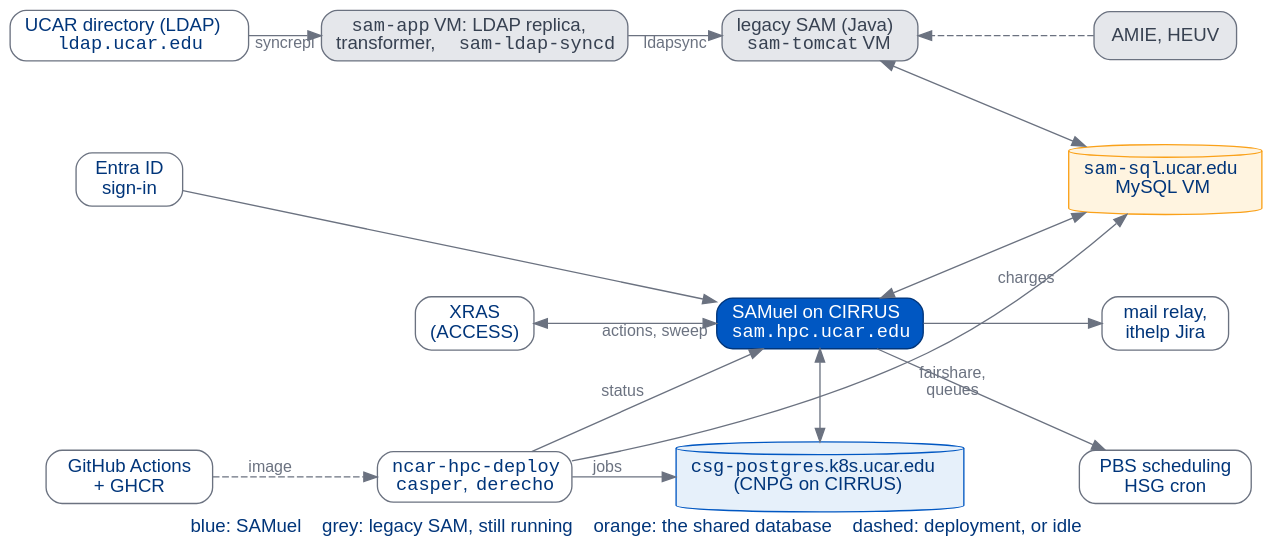
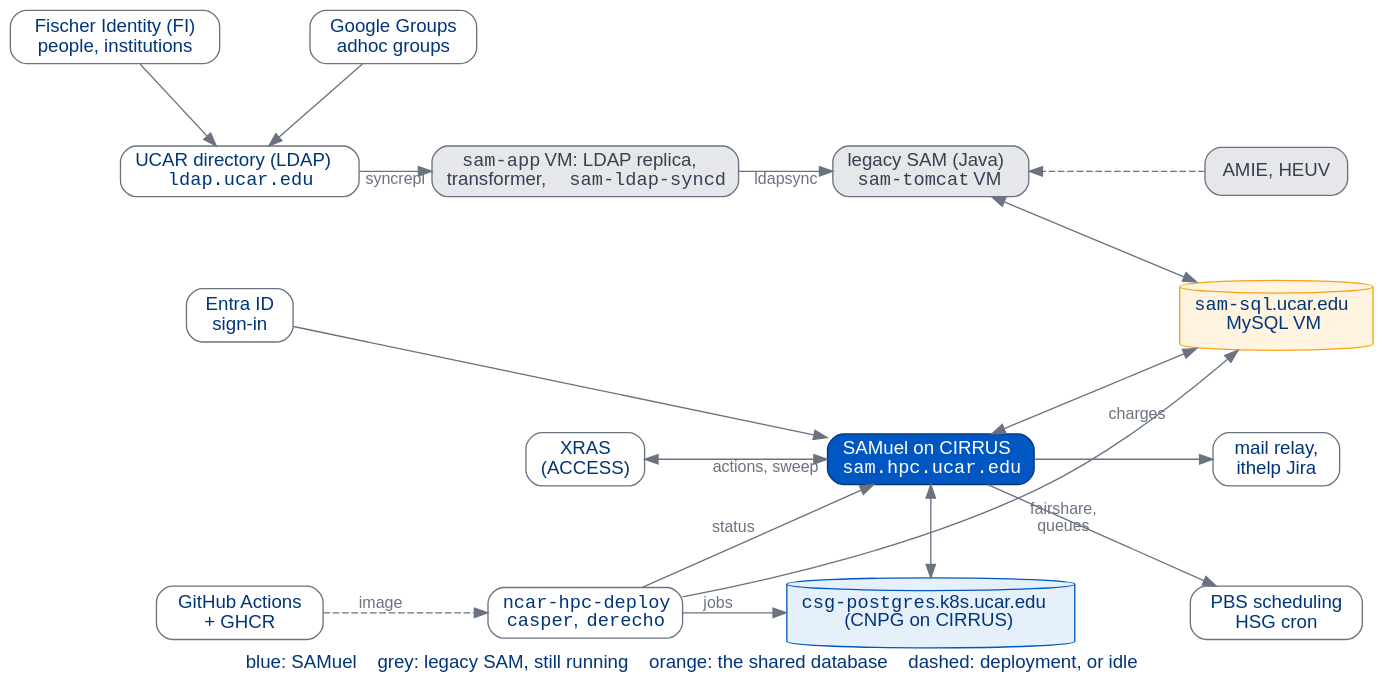
One commit to benkirk/sam-queries changed the first of 6 diagrams in docs/presentations/samuel/_4-systems.qmd. Above: the diagram before and after it, drawn with Graphviz. The commit also changed other lines of this file and 1 other file, not shown here.

First line of the commit message:
Decks: Fischer Identity and Google Groups upstream of the UCAR directory

````diff
--- a/docs/presentations/samuel/_4-systems.qmd
+++ b/docs/presentations/samuel/_4-systems.qmd
@@ -15,49 +16,53 @@
 ```{dot}
 //| fig-width: 10
 digraph Map {
   graph [layout=neato, splines=true, bgcolor="transparent",
          fontname="Helvetica", fontsize=14, fontcolor="#00357A",
          label="blue: SAMuel    grey: legacy SAM, still running    orange: the shared database    dashed: deployment, or idle",
          labelloc=b];
   node  [shape=box, style="rounded,filled", fontname="Helvetica", fontsize=14,
          fillcolor="#FFFFFF", color="#6B7280", fontcolor="#00357A", margin="0.15,0.07"];
   edge  [fontname="Helvetica", fontsize=12, color="#6B7280", fontcolor="#6B7280"];
 
+  fi      [label="Fischer Identity (FI)\npeople, institutions", pos="-1.3,5.6!"];
+  gg      [label="Google Groups\nadhoc groups", pos="1.6,5.6!"];
   dir     [label=<UCAR directory (LDAP)<BR/><FONT FACE="Courier">ldap.ucar.edu</FONT>>, pos="0,4.2!"];
   helpers [label=<<FONT FACE="Courier">sam-app</FONT>&#160;VM: LDAP replica,<BR/>transformer,&#160;<FONT FACE="Courier">sam-ldap-syncd</FONT>>, pos="3.6,4.2!",
            fillcolor="#E5E7EB", fontcolor="#374151"];
   tomcat  [label=<legacy SAM (Java)<BR/><FONT FACE="Courier">sam-tomcat</FONT>&#160;VM>, pos="7.2,4.2!",
            fillcolor="#E5E7EB", fontcolor="#374151"];
   other   [label="AMIE, HEUV", pos="10.8,4.2!", fillcolor="#E5E7EB", fontcolor="#374151"];
 
   entra   [label="Entra ID\nsign-in", pos="0,2.7!"];
   sql     [label=<<FONT FACE="Courier">sam-sql</FONT>.ucar.edu<BR/>MySQL VM>, pos="10.8,2.7!", shape=cylinder,
            fillcolor="#FFF4E0", color="#FAA119"];
 
   xras    [label="XRAS\n(ACCESS)", pos="3.6,1.2!"];
   samuel  [label=<SAMuel on CIRRUS<BR/><FONT FACE="Courier">sam.hpc.ucar.edu</FONT>>, pos="7.2,1.2!",
            fillcolor="#0057C2", color="#00357A", fontcolor="#FFFFFF"];
   mail    [label="mail relay,\nithelp Jira", pos="10.8,1.2!"];
 
   gh      [label="GitHub Actions\n+ GHCR", pos="0,-0.4!"];
   lanes   [label=<<FONT FACE="Courier">ncar-hpc-deploy</FONT><BR/><FONT FACE="Courier">casper</FONT>,&#160;<FONT FACE="Courier">derecho</FONT>>, pos="3.6,-0.4!"];
   pg      [label=<<FONT FACE="Courier">csg-postgres</FONT>.k8s.ucar.edu<BR/>(CNPG on CIRRUS)>, pos="7.2,-0.4!", shape=cylinder,
            fillcolor="#E6F0FA", color="#0057C2"];
   pbs     [label="PBS scheduling\nHSG cron", pos="10.8,-0.4!"];
 
+  fi -> dir;
+  gg -> dir;
   dir -> helpers [label="syncrepl"];
   helpers -> tomcat [label="ldapsync"];
   other -> tomcat [style=dashed];
   tomcat -> sql [dir=both];
   samuel -> sql [dir=both];
   entra -> samuel;
   samuel -> mail;
   xras -> samuel [dir=both, label="actions, sweep"];
   samuel -> pg [dir=both];
   samuel -> pbs [label="fairshare,\nqueues"];
   lanes -> samuel [label="status"];
   lanes -> pg [label="jobs"];
   lanes -> sql [headlabel="charges", labeldistance=9, labelangle=-8];
   gh -> lanes [style=dashed, label="image"];
 }
 ```
````
